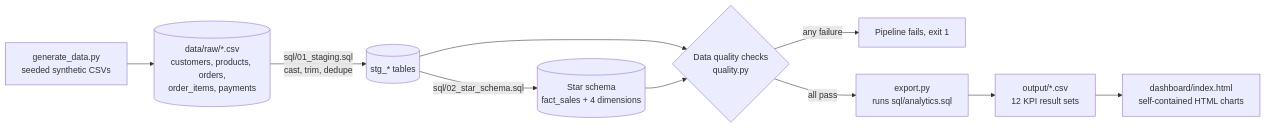
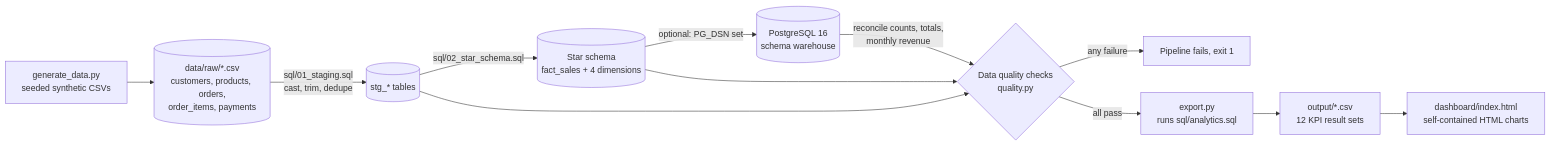
One commit to anishagaikar0420/ecommerce-analytics-warehouse changed the diagram in README.md. Above: the diagram before and after it, drawn with Mermaid. The commit also changed other lines of this file and 8 other files, not shown here.

Commit message:
Publish star schema to PostgreSQL and reconcile against DuckDB

````diff
--- a/README.md
+++ b/README.md
@@ -12,12 +12,14 @@
 ```mermaid
 flowchart LR
     G[generate_data.py<br/>seeded synthetic CSVs] --> R[(data/raw/*.csv<br/>customers, products, orders,<br/>order_items, payments)]
     R -->|sql/01_staging.sql<br/>cast, trim, dedupe| S[(stg_* tables)]
     S -->|sql/02_star_schema.sql| W[(Star schema<br/>fact_sales + 4 dimensions)]
+    W -->|optional: PG_DSN set| PG[(PostgreSQL 16<br/>schema warehouse)]
+    PG -->|reconcile counts, totals,<br/>monthly revenue| Q
     S --> Q{Data quality checks<br/>quality.py}
     W --> Q
     Q -->|any failure| X[Pipeline fails, exit 1]
     Q -->|all pass| E[export.py<br/>runs sql/analytics.sql]
     E --> O[output/*.csv<br/>12 KPI result sets]
     O --> H[dashboard/index.html<br/>self-contained HTML charts]
 ```
````
